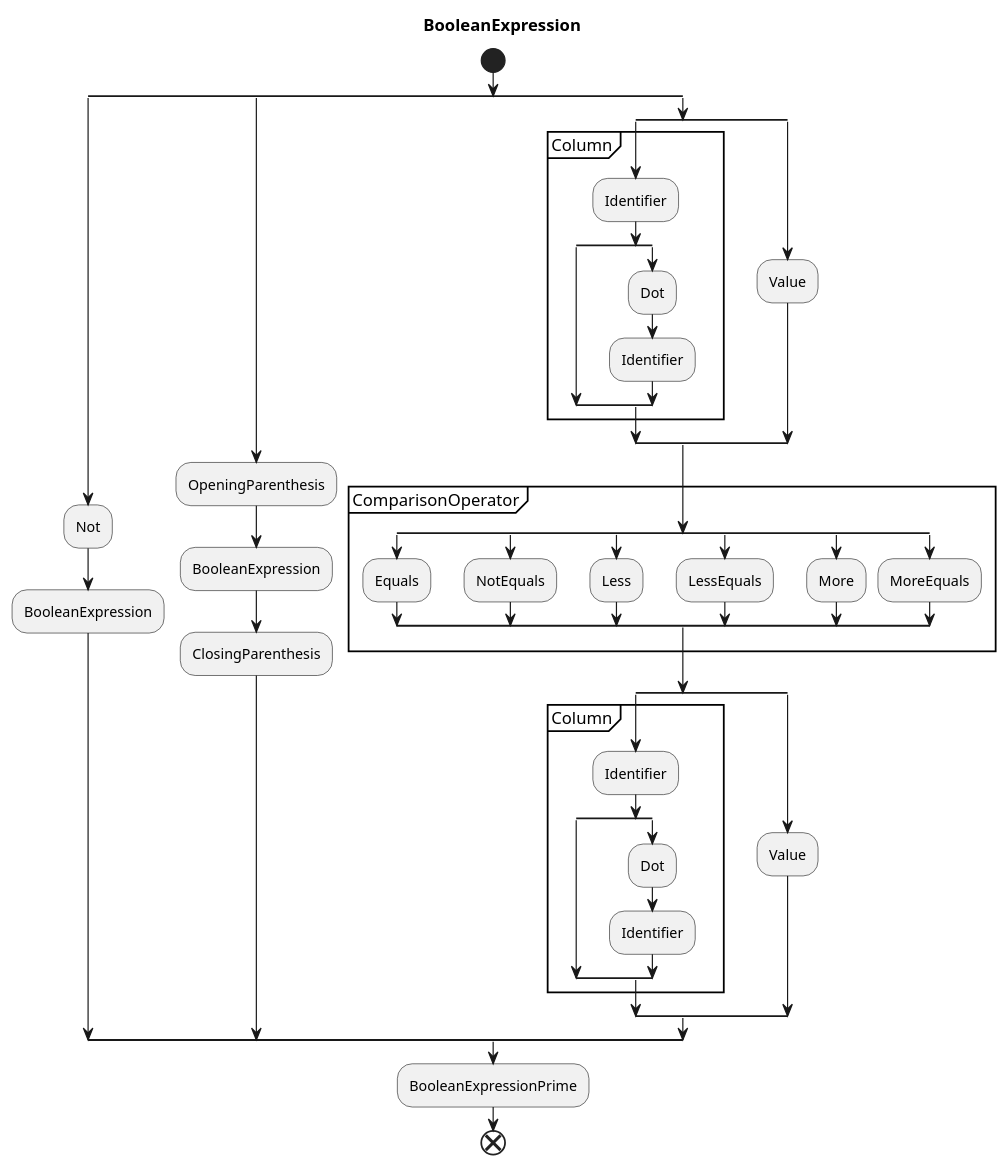
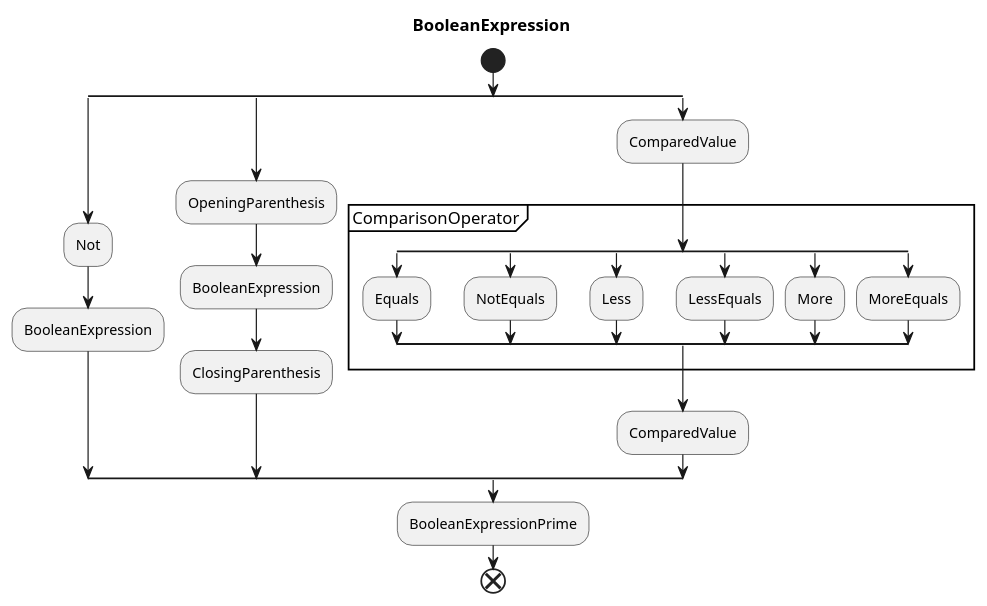
The third of 6 diagrams in dbms/query_lang_compiler_notes.md (lichterberci/rust_learning), drawn with PlantUML before and after one commit. The commit also changed other lines of this file and 2 other files, not shown here.

Commit message:
added grammar graph for ComparedValue; fixed parser

````diff
--- a/dbms/query_lang_compiler_notes.md
+++ b/dbms/query_lang_compiler_notes.md
@@ -140,57 +140,34 @@
 ```plantuml
 @startuml boolean expression
 title BooleanExpression
 start
 split
 :Not;
 :BooleanExpression;
 split again
 :OpeningParenthesis;
 :BooleanExpression;
 :ClosingParenthesis;
 split again
-split
-partition Column {
-:Identifier;
-split
-split again
-:Dot;
-:Identifier;
-end split
-}
-split again 
-:Value;
-end split
+:ComparedValue;
 partition ComparisonOperator {
 split
 :Equals;
 split again
 :NotEquals;
 split again
 :Less;
 split again
 :LessEquals;
 split again
 :More;
 split again
 :MoreEquals;
 end split
 }
-split
-partition Column {
-:Identifier;
-split
-split again
-:Dot;
-:Identifier;
-end split
-}
-
-split again 
-:Value;
-end split
+:ComparedValue;
 end split
 :BooleanExpressionPrime;
 end
 @enduml
 ```
````
